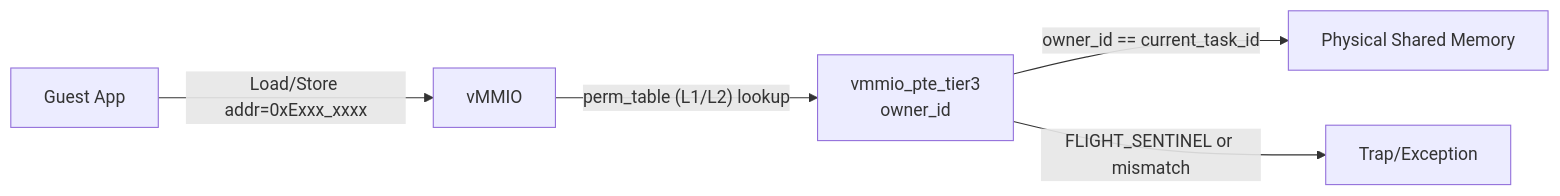
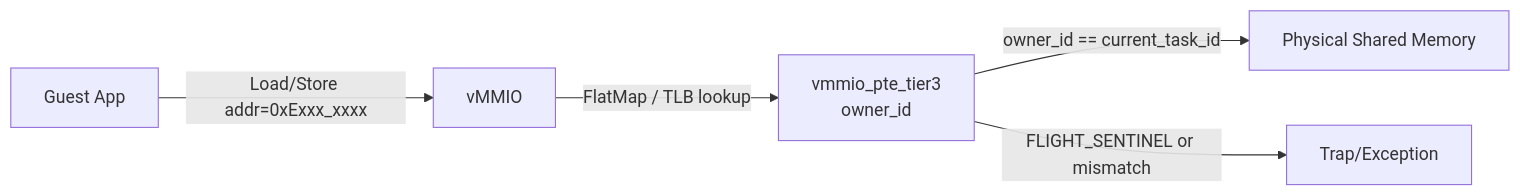
Before and after one commit to kmt-t/fireball: the third of 3 diagrams in docs/components/tier2_runtime/runtime_vmmio.md, drawn with Mermaid. The commit also changed other lines of this file and 4 other files, not shown here.

Commit message:
feat(vmmio): migrate PTE storage to FlatMap removing 16-entry limit, backed by direct-mapped TLB cache

````diff
--- a/docs/components/tier2_runtime/runtime_vmmio.md
+++ b/docs/components/tier2_runtime/runtime_vmmio.md
@@ -480,7 +459,7 @@
 ```mermaid
 graph LR
     Guest[Guest App] -- Load/Store addr=0xExxx_xxxx --> vMMIO
-    vMMIO -- perm_table (L1/L2) lookup --> Entry[vmmio_pte_tier3\nowner_id]
+    vMMIO -- FlatMap / TLB lookup --> Entry[vmmio_pte_tier3\nowner_id]
     Entry -- owner_id == current_task_id --> Phys[Physical Shared Memory]
     Entry -- FLIGHT_SENTINEL or mismatch --> Trap[Trap/Exception]
 ```
````
